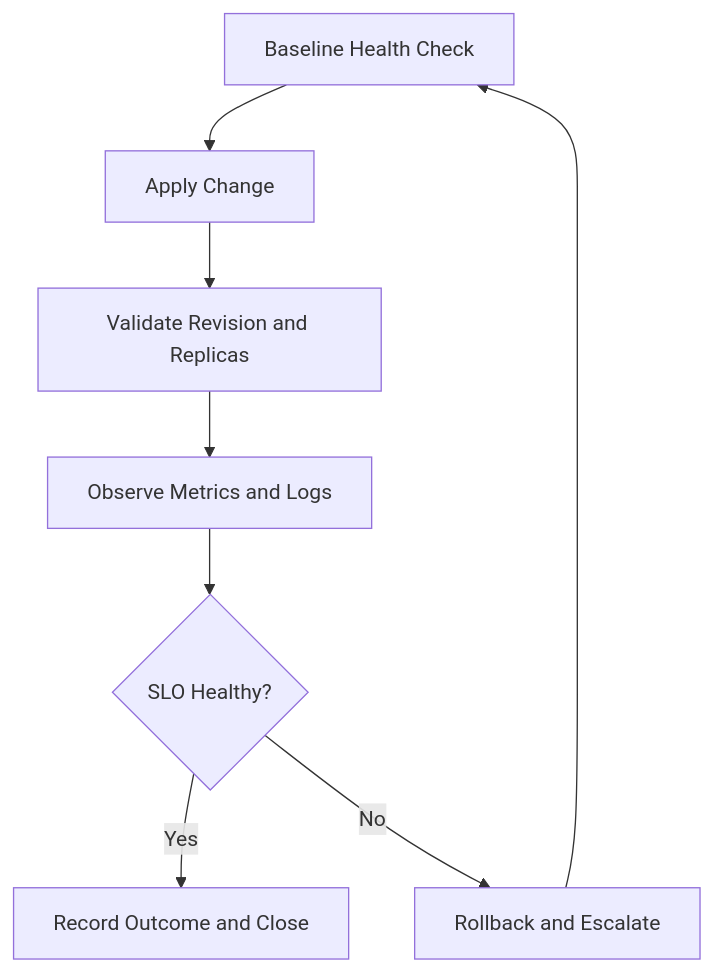
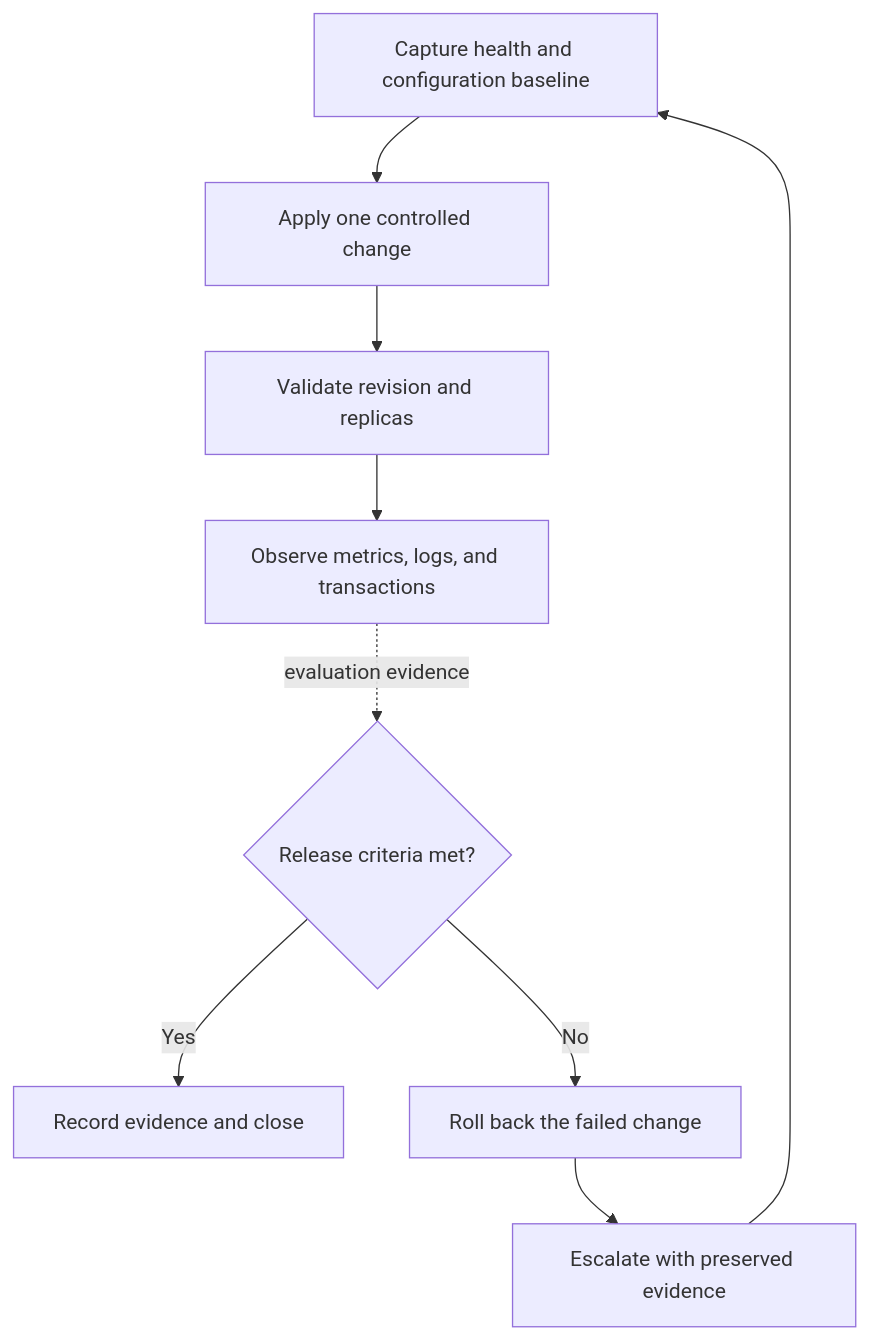
Before and after one commit to yeongseon/azure-container-apps-practical-guide: the diagram in docs/operations/index.md, drawn with Mermaid. The commit also changed other lines of this file and 13 other files, not shown here.

First line of the commit message:
docs(diagrams): migrate the Container Apps operations diagrams (#614)

````diff
--- a/docs/operations/index.md
+++ b/docs/operations/index.md
@@ -113,10 +134,20 @@
 ```mermaid
 flowchart TD
-    A[Baseline Health Check] --> B[Apply Change]
-    B --> C[Validate Revision and Replicas]
-    C --> D[Observe Metrics and Logs]
-    D --> E{SLO Healthy?}
-    E -->|Yes| F[Record Outcome and Close]
-    E -->|No| G[Rollback and Escalate]
-    G --> A
+    BASELINE[Capture health and configuration baseline]
+    CHANGE[Apply one controlled change]
+    RUNTIME[Validate revision and replicas]
+    SIGNALS[Observe metrics, logs, and transactions]
+    HEALTHY{Release criteria met?}
+    RECORD[Record evidence and close]
+    ROLLBACK[Roll back the failed change]
+    ESCALATE[Escalate with preserved evidence]
+
+    BASELINE --> CHANGE
+    CHANGE --> RUNTIME
+    RUNTIME --> SIGNALS
+    SIGNALS -. evaluation evidence .-> HEALTHY
+    HEALTHY -->|Yes| RECORD
+    HEALTHY -->|No| ROLLBACK
+    ROLLBACK --> ESCALATE
+    ESCALATE --> BASELINE
 ```
````
